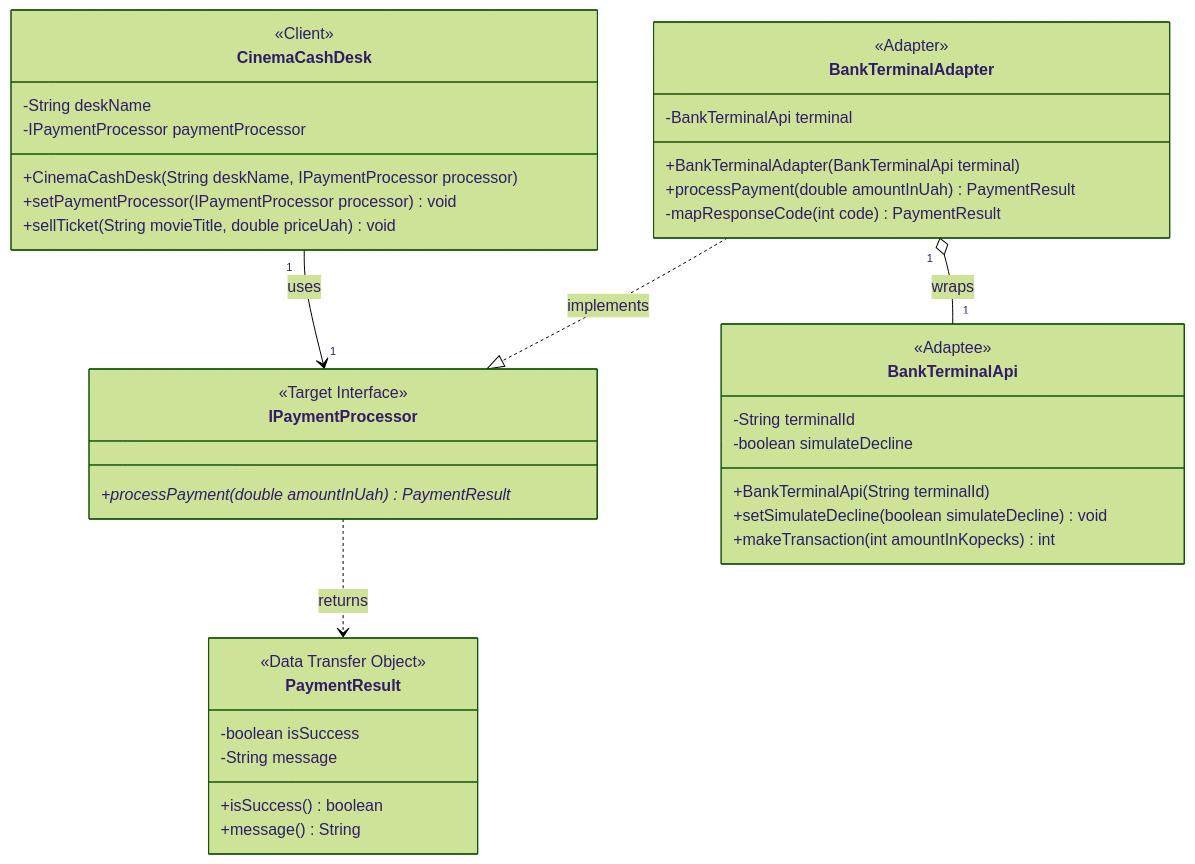
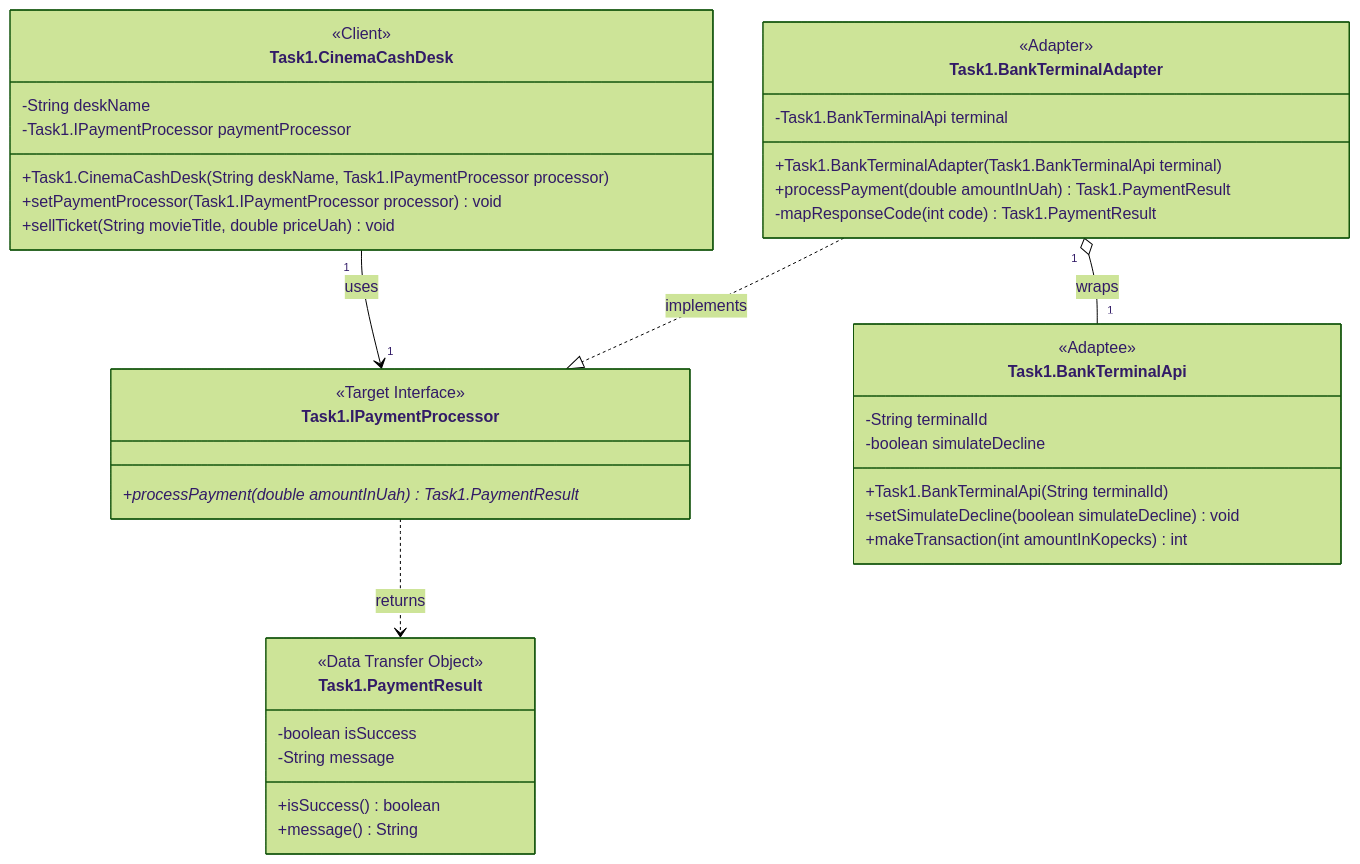
Before and after one commit to ShyshkoRuslana/slayBitches2.0: the diagram in laba11/documents/diagrams/task1.mmd, drawn with Mermaid (forest theme). The commit also changed 12 other files, not shown here.

```diff
--- a/laba11/documents/diagrams/task1.mmd
+++ b/laba11/documents/diagrams/task1.mmd
@@ -1,44 +1,44 @@
 classDiagram
-    class CinemaCashDesk {
+    class Task1.CinemaCashDesk {
         <<Client>>
         -String deskName
-        -IPaymentProcessor paymentProcessor
-        +CinemaCashDesk(String deskName, IPaymentProcessor processor)
-        +setPaymentProcessor(IPaymentProcessor processor) void
+        -Task1.IPaymentProcessor paymentProcessor
+        +Task1.CinemaCashDesk(String deskName, Task1.IPaymentProcessor processor)
+        +setPaymentProcessor(Task1.IPaymentProcessor processor) void
         +sellTicket(String movieTitle, double priceUah) void
     }
 
-    class IPaymentProcessor {
+    class Task1.IPaymentProcessor {
         <<Target Interface>>
-        +processPayment(double amountInUah)* PaymentResult
+        +processPayment(double amountInUah)* Task1.PaymentResult
     }
 
-    class PaymentResult {
+    class Task1.PaymentResult {
         <<Data Transfer Object>>
         -boolean isSuccess
         -String message
         +isSuccess() boolean
         +message() String
     }
 
-    class BankTerminalAdapter {
+    class Task1.BankTerminalAdapter {
         <<Adapter>>
-        -BankTerminalApi terminal
-        +BankTerminalAdapter(BankTerminalApi terminal)
-        +processPayment(double amountInUah) PaymentResult
-        -mapResponseCode(int code) PaymentResult
+        -Task1.BankTerminalApi terminal
+        +Task1.BankTerminalAdapter(Task1.BankTerminalApi terminal)
+        +processPayment(double amountInUah) Task1.PaymentResult
+        -mapResponseCode(int code) Task1.PaymentResult
     }
 
-    class BankTerminalApi {
+    class Task1.BankTerminalApi {
         <<Adaptee>>
         -String terminalId
         -boolean simulateDecline
-        +BankTerminalApi(String terminalId)
+        +Task1.BankTerminalApi(String terminalId)
         +setSimulateDecline(boolean simulateDecline) void
         +makeTransaction(int amountInKopecks) int
     }
 
-    CinemaCashDesk "1" --> "1" IPaymentProcessor : uses
-    BankTerminalAdapter ..|> IPaymentProcessor : implements
-    BankTerminalAdapter "1" o-- "1" BankTerminalApi : wraps
-    IPaymentProcessor ..> PaymentResult : returns
+    Task1.CinemaCashDesk "1" --> "1" Task1.IPaymentProcessor : uses
+    Task1.BankTerminalAdapter ..|> Task1.IPaymentProcessor : implements
+    Task1.BankTerminalAdapter "1" o-- "1" Task1.BankTerminalApi : wraps
+    Task1.IPaymentProcessor ..> Task1.PaymentResult : returns
```
